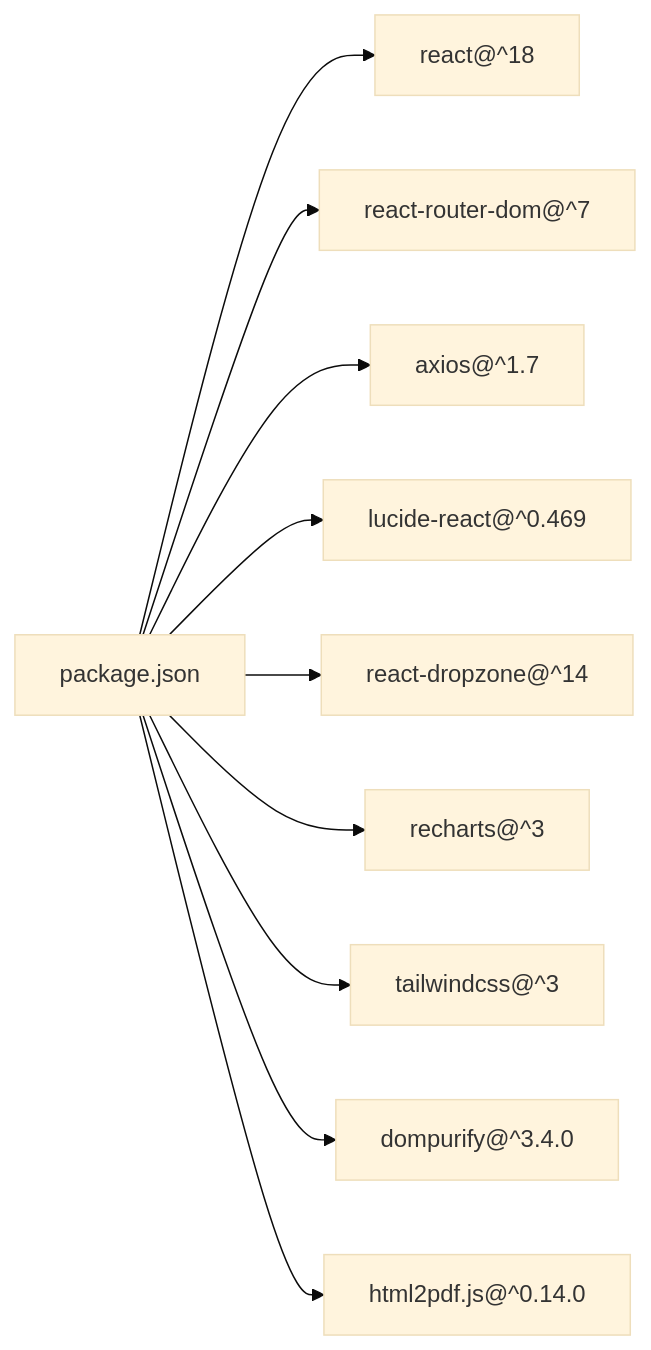
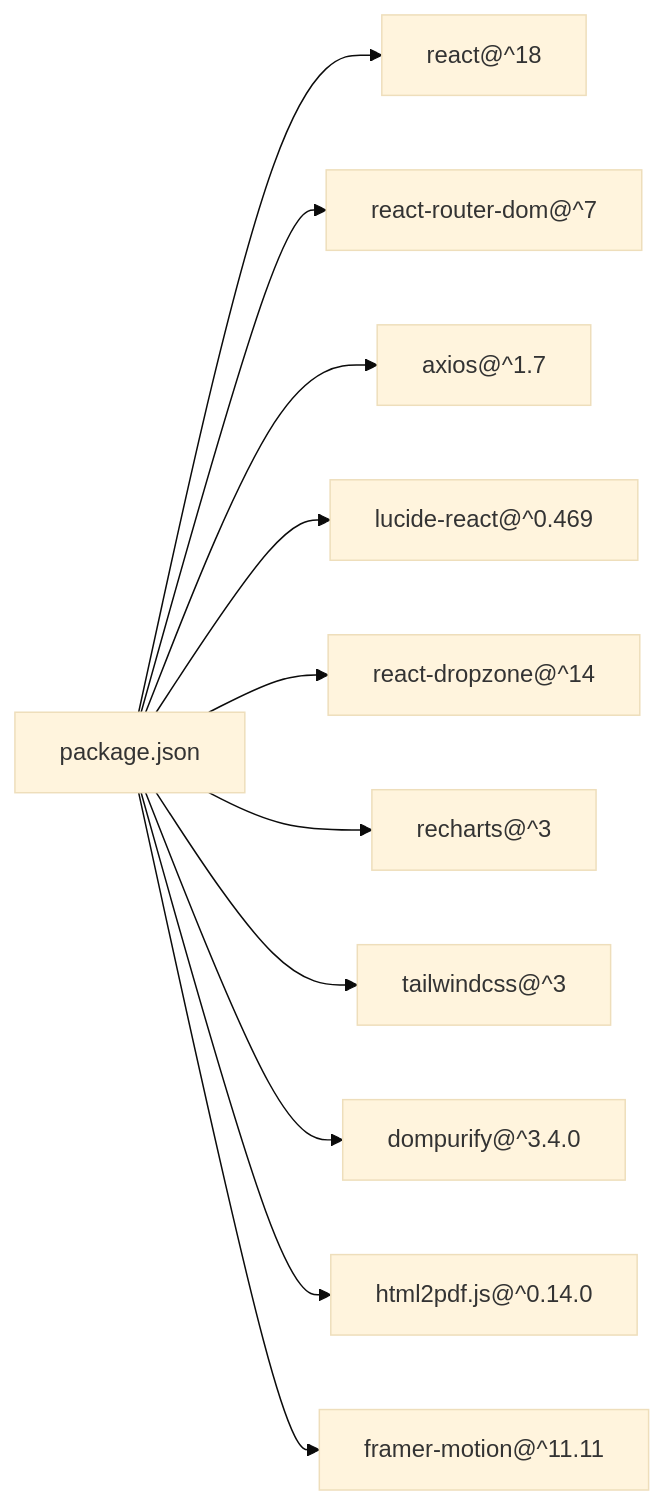
One commit to Revanththetalogics/aireume changed diagram 44 of 45 in .qoder/repowiki/en/content/Frontend Architecture/Frontend Architecture.md. Above: the diagram before and after it, drawn with Mermaid (base theme). The commit also changed other lines of this file and 14 other files, not shown here.

````diff
--- a/.qoder/repowiki/en/content/Frontend Architecture/Frontend Architecture.md
+++ b/.qoder/repowiki/en/content/Frontend Architecture/Frontend Architecture.md
@@ -1464,12 +2299,13 @@
 ```mermaid
 graph LR
 Pkg["package.json"] --> React["react@^18"]
 Pkg --> Router["react-router-dom@^7"]
 Pkg --> Axios["axios@^1.7"]
 Pkg --> Icons["lucide-react@^0.469"]
 Pkg --> Drop["react-dropzone@^14"]
 Pkg --> Charts["recharts@^3"]
 Pkg --> Tailwind["tailwindcss@^3"]
 Pkg --> DOMPurify["dompurify@^3.4.0"]
 Pkg --> HTML2PDF["html2pdf.js@^0.14.0"]
+Pkg --> FramerMotion["framer-motion@^11.11"]
 ```
````
